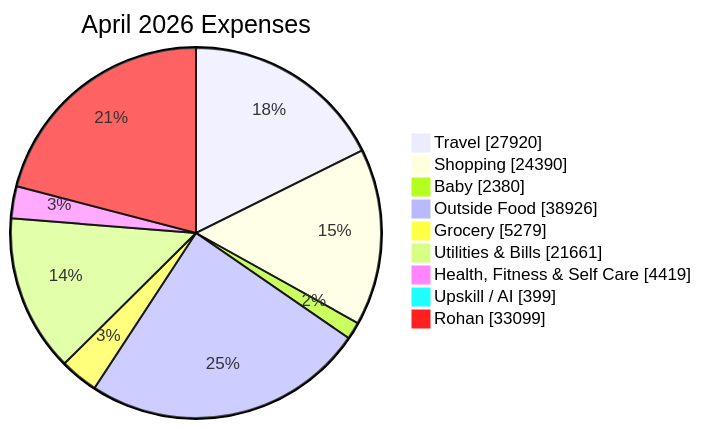
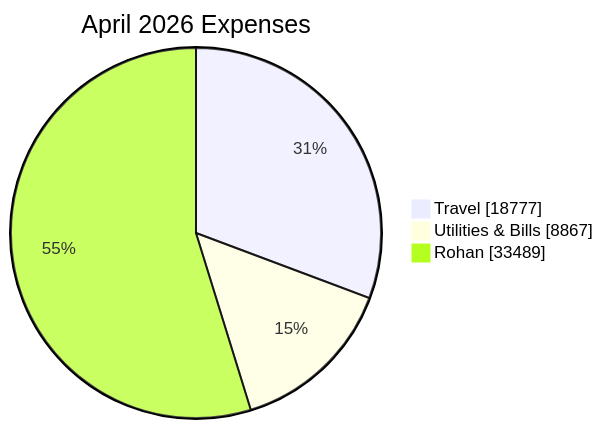
One commit to sachin-hg/expense-reporter changed the second of 2 diagrams in reports/2026-04.md. Above: the diagram before and after it, drawn with Mermaid. The commit also changed other lines of this file and 7 other files, not shown here.

````diff
--- a/reports/2026-04.md
+++ b/reports/2026-04.md
@@ -42,13 +44,7 @@
 ```mermaid
 pie showData
     title April 2026 Expenses
-    "Travel" : 27920
-    "Shopping" : 24390
-    "Baby" : 2380
-    "Outside Food" : 38926
-    "Grocery" : 5279
-    "Utilities & Bills" : 21661
-    "Health, Fitness & Self Care" : 4419
-    "Upskill / AI" : 399
-    "Rohan" : 33099
+    "Travel" : 18777
+    "Utilities & Bills" : 8867
+    "Rohan" : 33489
 ```
````
